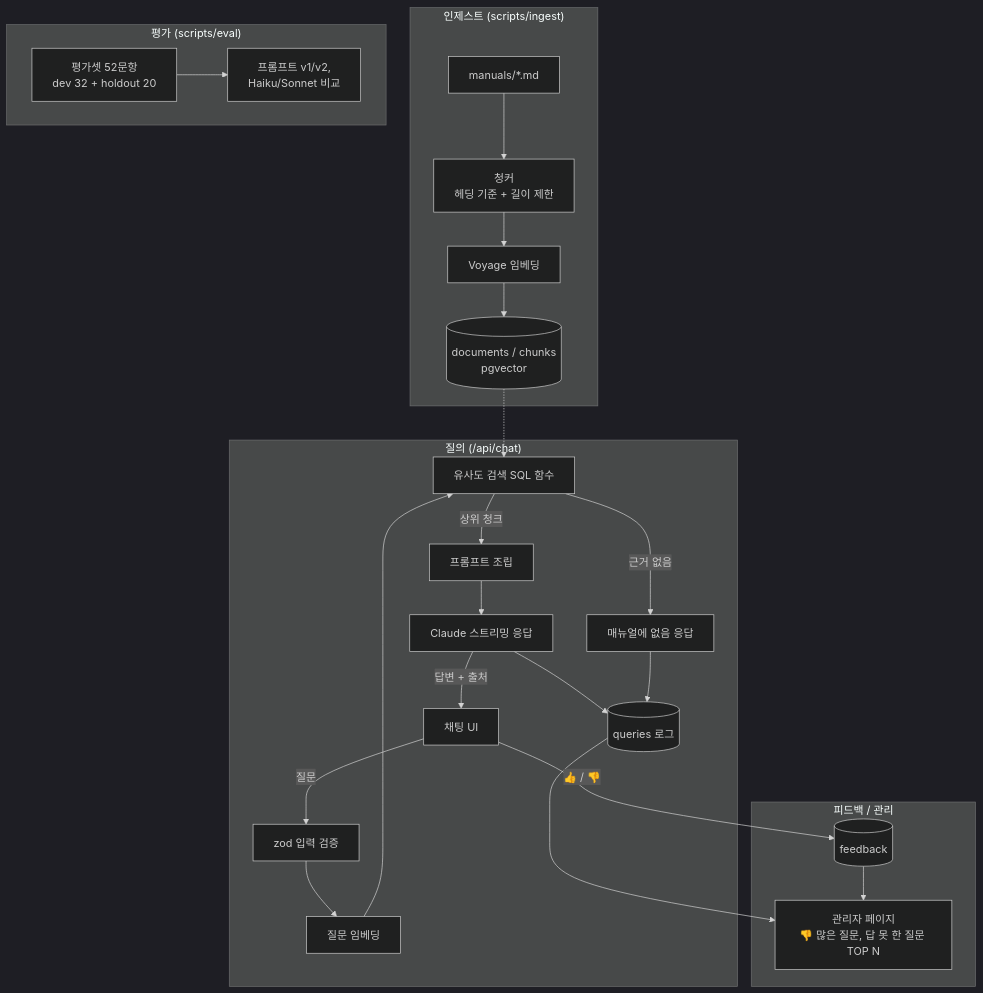
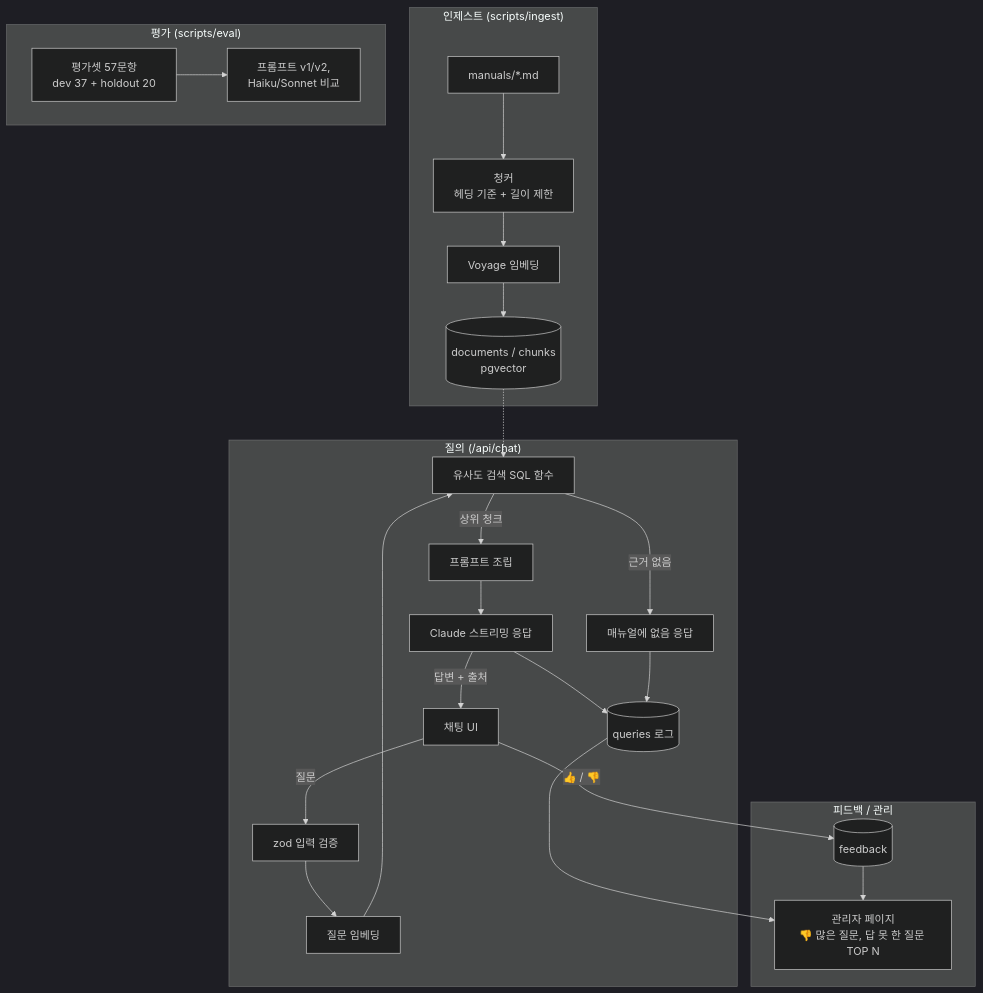
One commit to lmw1663/Rag-chatbot changed the diagram in CLAUDE.md. Above: the diagram before and after it, drawn with Mermaid (dark theme). The commit also changed other lines of this file and 1 other file, not shown here.

````diff
--- a/CLAUDE.md
+++ b/CLAUDE.md
@@ -71,31 +72,31 @@
 ```mermaid
 flowchart TD
   subgraph Ingest["인제스트 (scripts/ingest)"]
     M[manuals/*.md] --> C[청커<br/>헤딩 기준 + 길이 제한]
     C --> E1[Voyage 임베딩]
     E1 --> DB1[(documents / chunks<br/>pgvector)]
   end
 
   subgraph Query["질의 (/api/chat)"]
     U[채팅 UI] -->|질문| V[zod 입력 검증]
     V --> E2[질문 임베딩]
     E2 --> S[유사도 검색 SQL 함수]
     DB1 -.-> S
     S -->|근거 없음| N["매뉴얼에 없음" 응답]
     S -->|상위 청크| P[프롬프트 조립]
     P --> L[Claude 스트리밍 응답]
     L -->|답변 + 출처| U
     L --> Q[(queries 로그)]
     N --> Q
   end
 
   subgraph Feedback["피드백 / 관리"]
     U -->|👍 / 👎| F[(feedback)]
     F --> A[관리자 페이지<br/>👎 많은 질문, 답 못 한 질문 TOP N]
     Q --> A
   end
 
   subgraph Eval["평가 (scripts/eval)"]
-    T[평가셋 52문항<br/>dev 32 + holdout 20] --> R[프롬프트 v1/v2,<br/>Haiku/Sonnet 비교]
+    T[평가셋 57문항<br/>dev 37 + holdout 20] --> R[프롬프트 v1/v2,<br/>Haiku/Sonnet 비교]
   end
 ```
````
